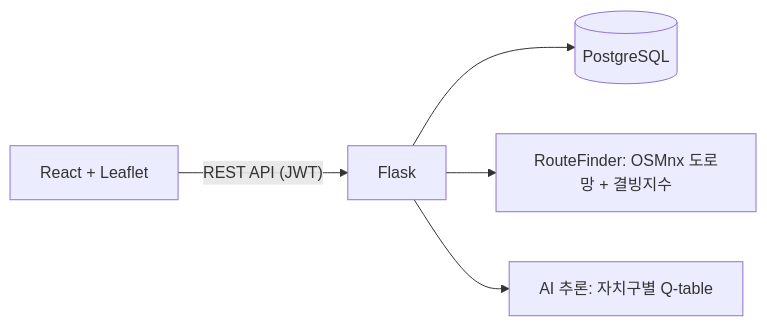
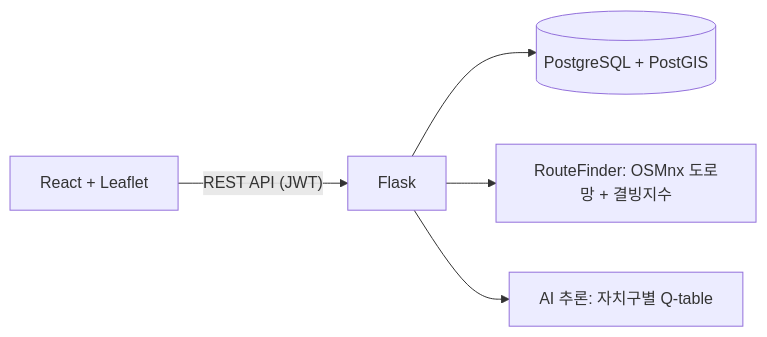
The diagram in README.md (jinseojang0903/CapstoneDesign), drawn with Mermaid before and after one commit. The commit also changed other lines of this file, not shown here.

````diff
--- a/README.md
+++ b/README.md
@@ -64,7 +161,7 @@
 ```mermaid
 flowchart LR
     A["React + Leaflet"] -->|"REST API (JWT)"| B["Flask"]
-    B --> C[("PostgreSQL")]
+    B --> C[("PostgreSQL + PostGIS")]
     B --> D["RouteFinder: OSMnx 도로망 + 결빙지수"]
     B --> E["AI 추론: 자치구별 Q-table"]
 ```
````
